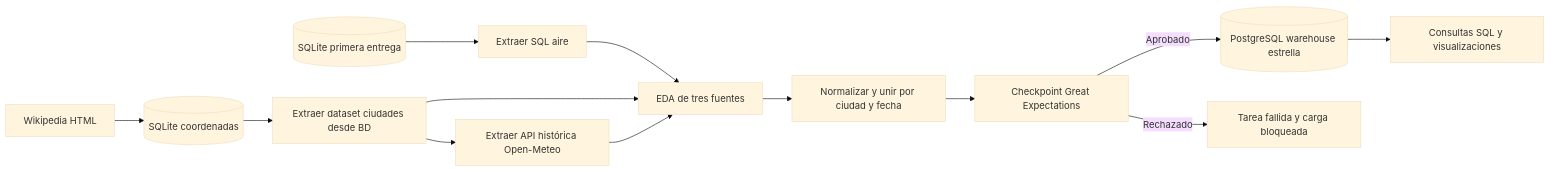
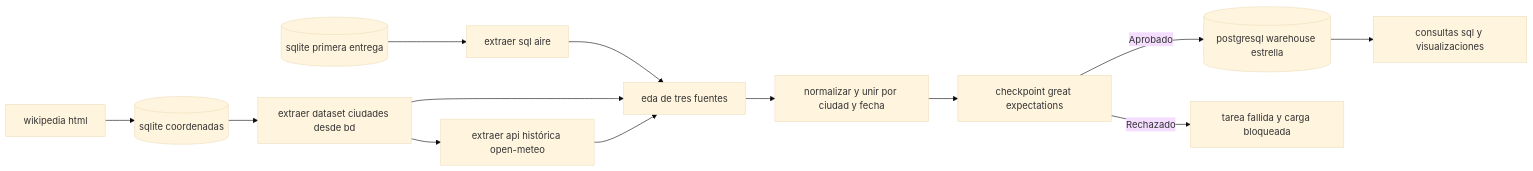
The first of 2 diagrams in docs/diagramas.md (santbce/etl-calidad-aire-india-segunda-entrega), drawn with Mermaid (base theme) before and after one commit. The commit also changed other lines of this file and 7 other files, not shown here.

````diff
--- a/docs/diagramas.md
+++ b/docs/diagramas.md
@@ -5,15 +5,15 @@
 ```mermaid
 flowchart LR
-  S1[(SQLite primera entrega)] --> A[Extraer SQL aire]
-  W[Wikipedia HTML] --> C[(SQLite coordenadas)]
-  C --> B[Extraer dataset ciudades desde BD]
-  B --> P[Extraer API histórica Open-Meteo]
-  A --> E[EDA de tres fuentes]
+  S1[(sqlite primera entrega)] --> A[extraer sql aire]
+  W[wikipedia html] --> C[(sqlite coordenadas)]
+  C --> B[extraer dataset ciudades desde bd]
+  B --> P[extraer api histórica open-meteo]
+  A --> E[eda de tres fuentes]
   B --> E
   P --> E
-  E --> T[Normalizar y unir por ciudad y fecha]
-  T --> Q[Checkpoint Great Expectations]
-  Q -->|Aprobado| D[(PostgreSQL warehouse estrella)]
-  Q -->|Rechazado| F[Tarea fallida y carga bloqueada]
-  D --> V[Consultas SQL y visualizaciones]
+  E --> T[normalizar y unir por ciudad y fecha]
+  T --> Q[checkpoint great expectations]
+  Q -->|Aprobado| D[(postgresql warehouse estrella)]
+  Q -->|Rechazado| F[tarea fallida y carga bloqueada]
+  D --> V[consultas sql y visualizaciones]
 ```
````
